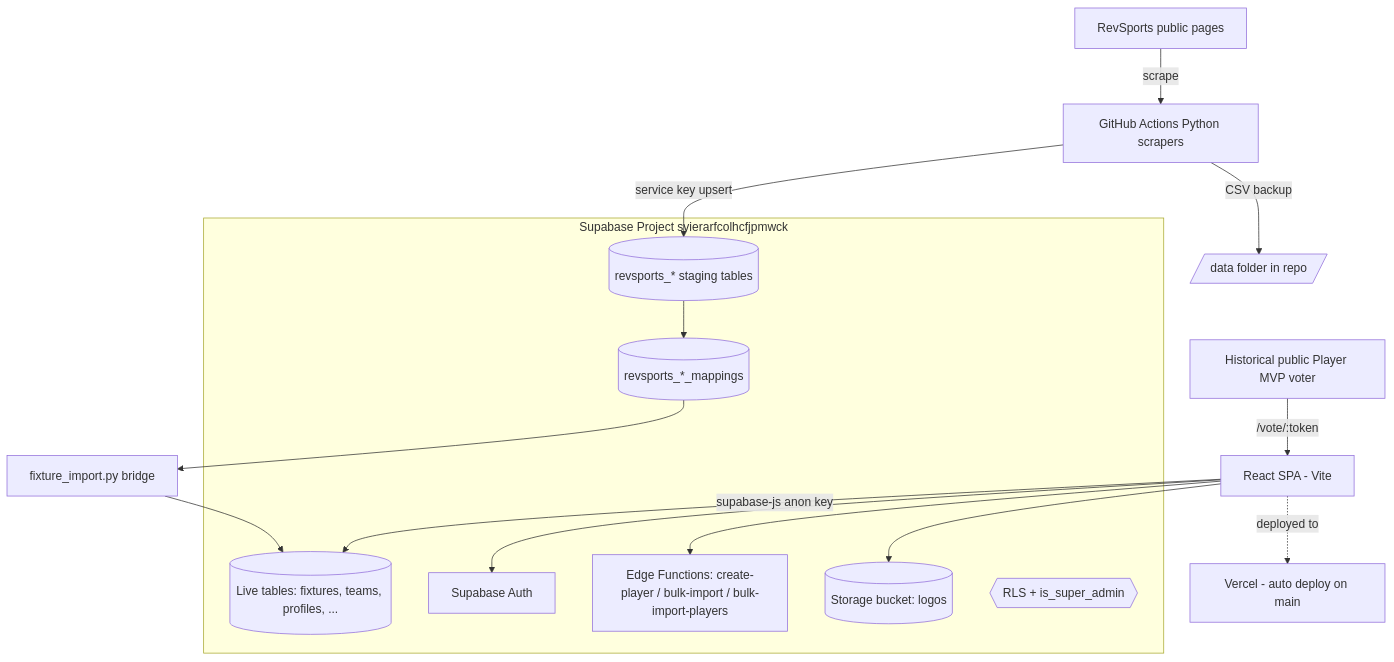
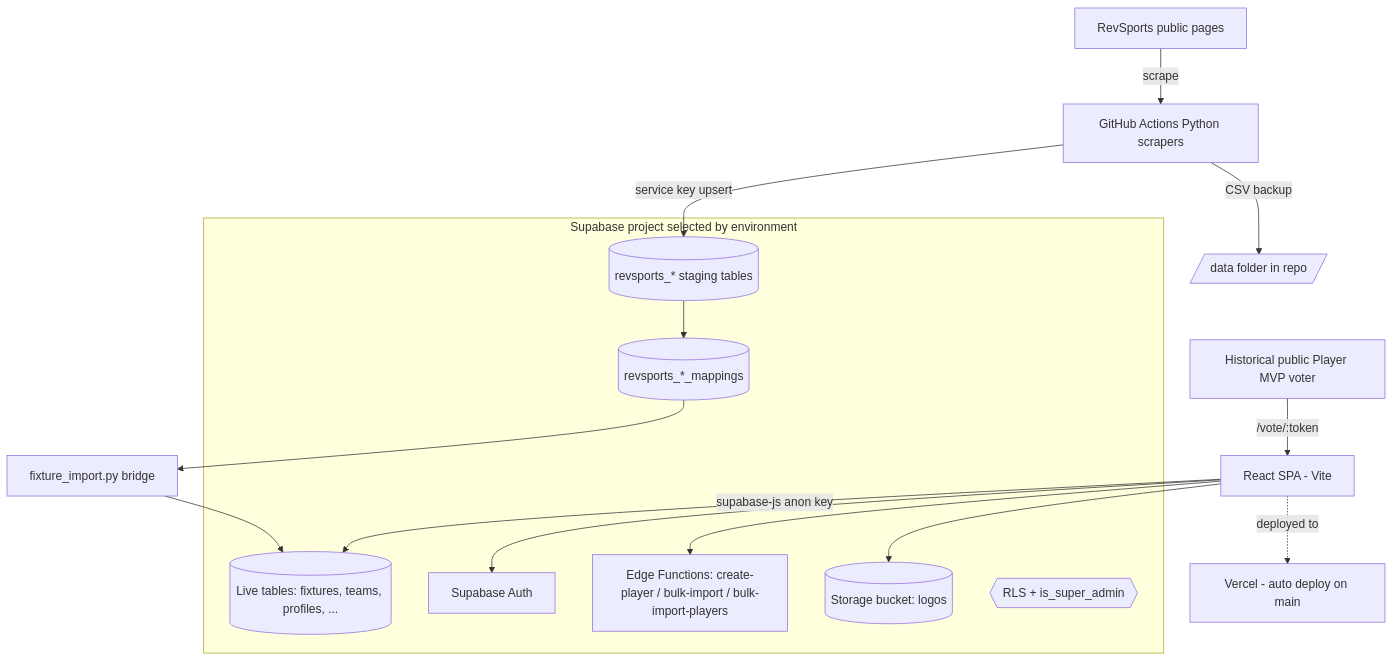
Before and after one commit to SportStackApp/sportstack: the first of 3 diagrams in TECHNICAL_SPECIFICATION_AND_SYSTEM_HANDOFF.md, drawn with Mermaid. The commit also changed other lines of this file and 7 other files, not shown here.

````diff
--- a/TECHNICAL_SPECIFICATION_AND_SYSTEM_HANDOFF.md
+++ b/TECHNICAL_SPECIFICATION_AND_SYSTEM_HANDOFF.md
@@ -87,24 +91,24 @@
 ```mermaid
 flowchart TD
     RS[RevSports public pages] -->|scrape| GA[GitHub Actions Python scrapers]
     GA -->|CSV backup| DATA[/data folder in repo/]
     GA -->|service key upsert| STG[(revsports_* staging tables)]
     STG --> MAP[(revsports_*_mappings)]
     MAP --> FI[fixture_import.py bridge]
     FI --> LIVE[(Live tables: fixtures, teams, profiles, ...)]
-    subgraph Supabase Project svierarfcolhcfjpmwck
+    subgraph Supabase project selected by environment
         STG
         MAP
         LIVE
         AUTH[Supabase Auth]
         EF[Edge Functions: create-player / bulk-import / bulk-import-players]
         STORE[(Storage bucket: logos)]
         RLS{{RLS + is_super_admin}}
     end
     SPA[React SPA - Vite] -->|supabase-js anon key| LIVE
     SPA --> AUTH
     SPA --> EF
     SPA --> STORE
     SPA -. deployed to .-> VERCEL[Vercel - auto deploy on main]
     VOTER[Historical public Player MVP voter] -->|/vote/:token| SPA
 ```
````
